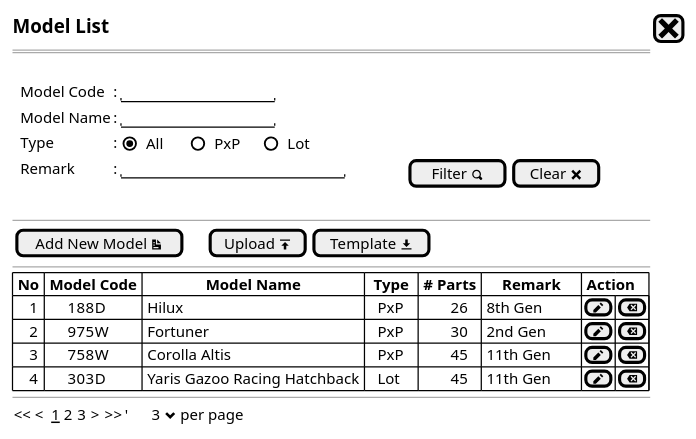
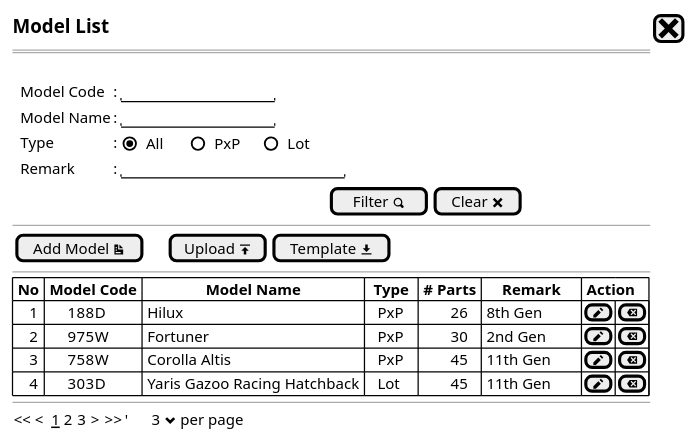
Before and after one commit to ari-fikri/packing-cost-mockup: the diagram in Model/model - newstep0b.puml, drawn with PlantUML. The commit also changed 5 other files, not shown here.

```diff
--- a/Model/model - newstep0b.puml
+++ b/Model/model - newstep0b.puml
@@ -1,31 +1,31 @@
 @startsalt
 {
   <size:15><b>Model List |[<size:25><&x>]|*
   ==
   .
   {
     .|Model Code        |: |"               "|*
     .|Model Name        |: |"               "|*
     .|Type              |: {(X)All      |()PxP     |   ()Lot  }*
-    .|Remark            |: |"                      "|              |[Filter <&magnifying-glass>]| [Clear <&x>]|*
+    .|Remark            |: |"                      "|*
   }
-  .
+  {|                                                                                |[Filter <&magnifying-glass>]|[Clear <&x>]|}
   --
   {
-  [Add New Model <&document>]|.|.|.|[Upload <&data-transfer-upload>]| [Template <&data-transfer-download>]|* 
+  [Add Model <&document>]|.|.|.|[Upload <&data-transfer-upload>]| [Template <&data-transfer-download>]|* 
   }
   --
   {#
     | <b>No | <b>Model Code |                <b>Model Name                |  <b>Type  | <b># Parts |<b>     Remark     |<b> Action |*|*|*
     |    1  |      188D         | Hilux                                   |   PxP     |        26  | 8th Gen           |[<&pencil>]|[<&delete>]|*
     |    2  |      975W         | Fortuner                                |   PxP     |        30  | 2nd Gen           |[<&pencil>]|[<&delete>]|*
     |    3  |      758W         | Corolla Altis                           |   PxP     |        45  | 11th Gen          |[<&pencil>]|[<&delete>]|*
     |    4  |      303D         | Yaris Gazoo Racing Hatchback            |   Lot     |        45  | 11th Gen          |[<&pencil>]|[<&delete>]|*    
   }
   --
   {
   << <  __1__ 2 3  > >>  |'      3 <&chevron-bottom> per page |*
   }
 
 }
 @endsalt
```
